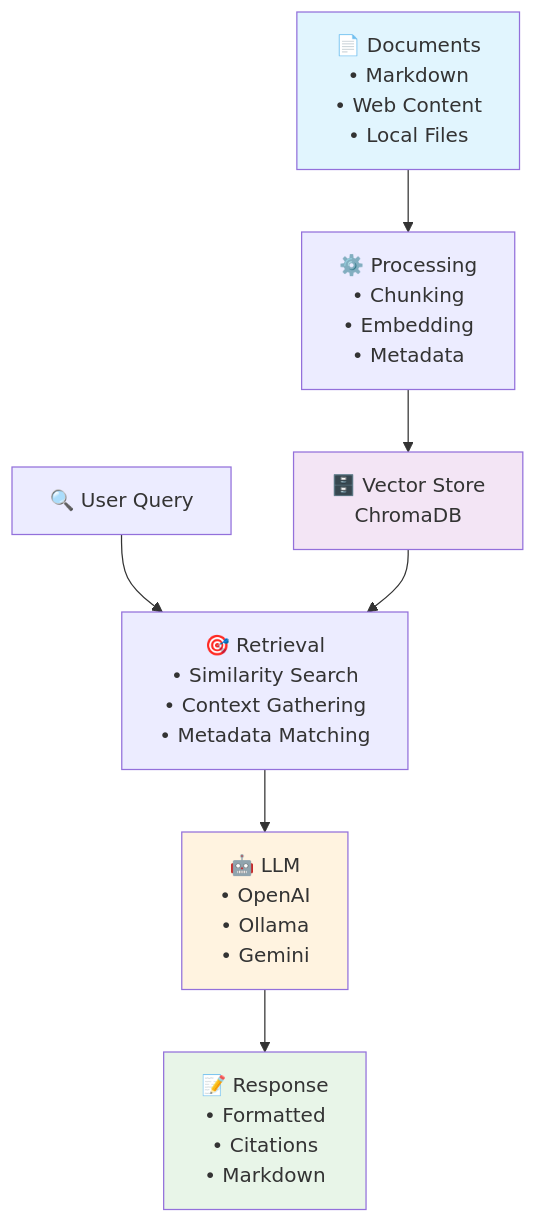
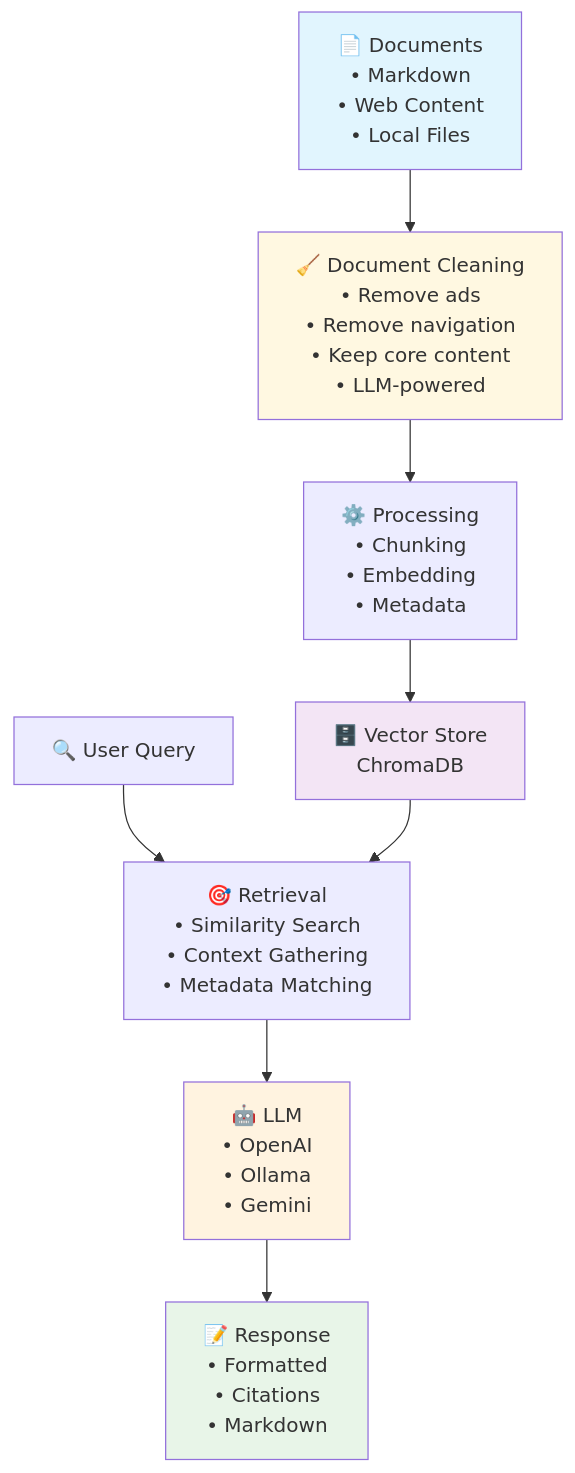
One commit to wasilak/rag changed the diagram in README.md. Above: the diagram before and after it, drawn with Mermaid. The commit also changed other lines of this file and 10 other files, not shown here.

First line of the commit message:
feat: Replace LLM cleaning with HTML pre-processing

````diff
--- a/README.md
+++ b/README.md
@@ -165,15 +181,17 @@
 ```mermaid
 flowchart TD
-    A[📄 Documents<br/>• Markdown<br/>• Web Content<br/>• Local Files] --> B[⚙️ Processing<br/>• Chunking<br/>• Embedding<br/>• Metadata]
-    B --> C[🗄️ Vector Store<br/>ChromaDB]
+    A[📄 Documents<br/>• Markdown<br/>• Web Content<br/>• Local Files] --> B[🧹 Document Cleaning<br/>• Remove ads<br/>• Remove navigation<br/>• Keep core content<br/>• LLM-powered]
+    B --> C[⚙️ Processing<br/>• Chunking<br/>• Embedding<br/>• Metadata]
+    C --> D[🗄️ Vector Store<br/>ChromaDB]
 
-    D[🔍 User Query] --> E[🎯 Retrieval<br/>• Similarity Search<br/>• Context Gathering<br/>• Metadata Matching]
-    C --> E
-    E --> F[🤖 LLM<br/>• OpenAI<br/>• Ollama<br/>• Gemini]
-    F --> G[📝 Response<br/>• Formatted<br/>• Citations<br/>• Markdown]
+    E[🔍 User Query] --> F[🎯 Retrieval<br/>• Similarity Search<br/>• Context Gathering<br/>• Metadata Matching]
+    D --> F
+    F --> G[🤖 LLM<br/>• OpenAI<br/>• Ollama<br/>• Gemini]
+    G --> H[📝 Response<br/>• Formatted<br/>• Citations<br/>• Markdown]
 
     style A fill:#e1f5fe
-    style C fill:#f3e5f5
-    style F fill:#fff3e0
-    style G fill:#e8f5e8
+    style B fill:#fff8e1
+    style D fill:#f3e5f5
+    style G fill:#fff3e0
+    style H fill:#e8f5e8
 ```
````
